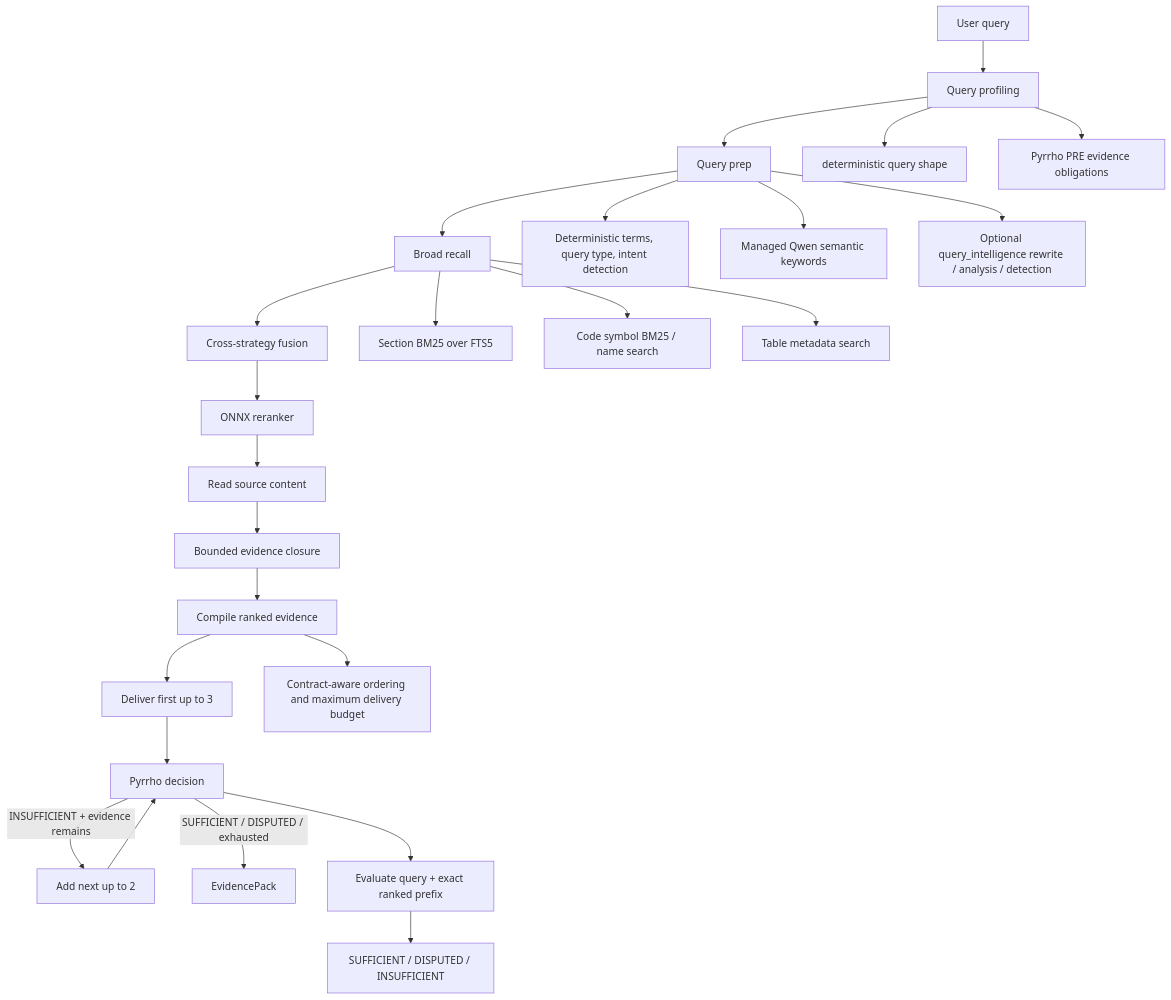
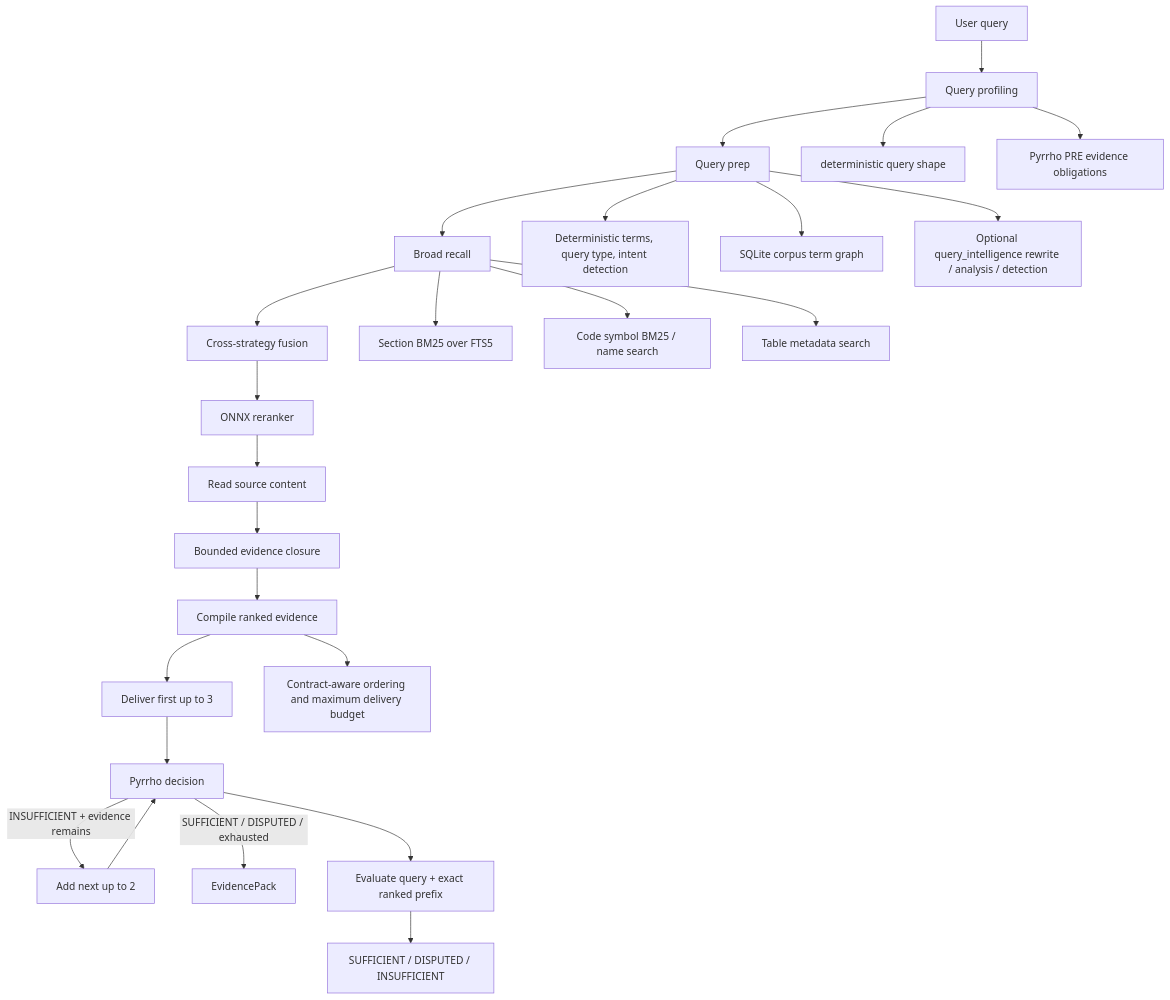
Before and after one commit to yafitzdev/fitz-sage: the second of 4 diagrams in docs/RETRIEVAL_PIPELINE.md, drawn with Mermaid. The commit also changed other lines of this file and 69 other files, not shown here.

Commit message:
feat: replace Qwen with corpus term graph

````diff
--- a/docs/RETRIEVAL_PIPELINE.md
+++ b/docs/RETRIEVAL_PIPELINE.md
@@ -65,31 +65,31 @@
 ```mermaid
 flowchart TD
     Q["User query"] --> C["Query profiling"]
     C --> P["Query prep"]
     P --> R["Broad recall"]
     R --> X["Cross-strategy fusion"]
     X --> K["ONNX reranker"]
     K --> D["Read source content"]
     D --> B["Bounded evidence closure"]
     B --> F["Compile ranked evidence"]
     F --> V["Deliver first up to 3"]
     V --> G["Pyrrho decision"]
     G -->|"INSUFFICIENT + evidence remains"| H["Add next up to 2"]
     H --> G
     G -->|"SUFFICIENT / DISPUTED / exhausted"| E["EvidencePack"]
 
     C --> C1["deterministic query shape"]
     C --> C2["Pyrrho PRE evidence obligations"]
 
     P --> P1["Deterministic terms, query type, intent detection"]
-    P --> P2["Managed Qwen semantic keywords"]
+    P --> P2["SQLite corpus term graph"]
     P --> P3["Optional query_intelligence rewrite / analysis / detection"]
 
     R --> R1["Section BM25 over FTS5"]
     R --> R2["Code symbol BM25 / name search"]
     R --> R3["Table metadata search"]
 
     F --> F1["Contract-aware ordering and maximum delivery budget"]
     G --> G1["Evaluate query + exact ranked prefix"]
     G1 --> G2["SUFFICIENT / DISPUTED / INSUFFICIENT"]
 ```
````
